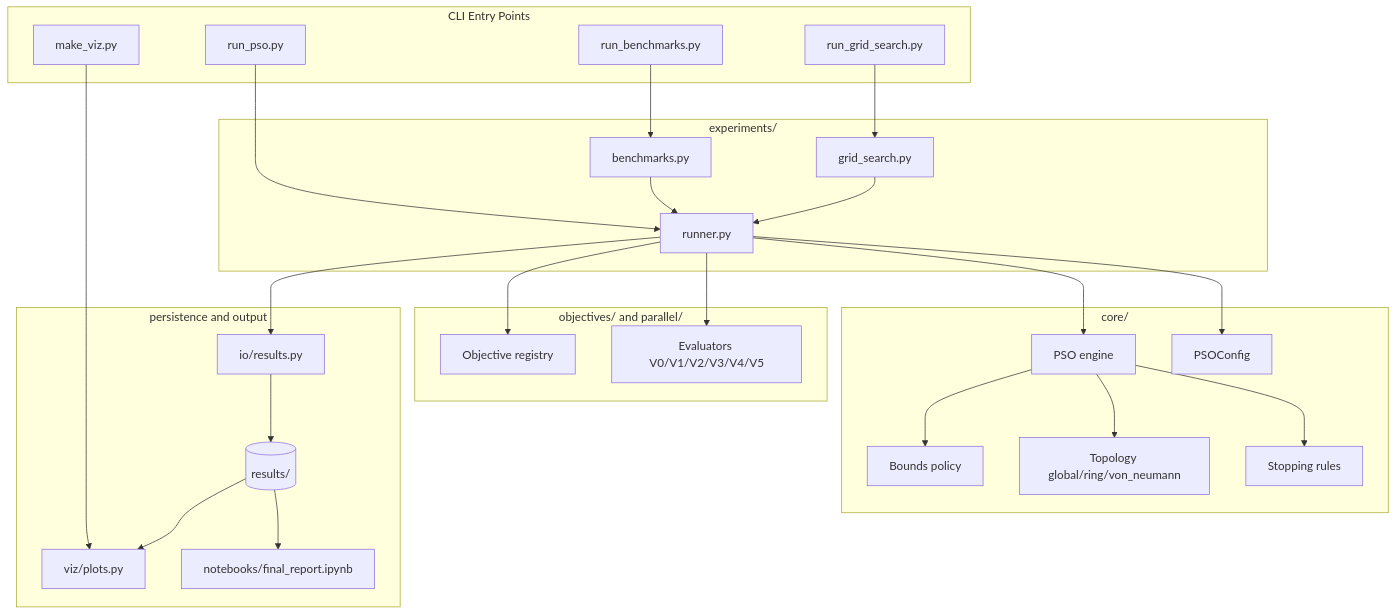
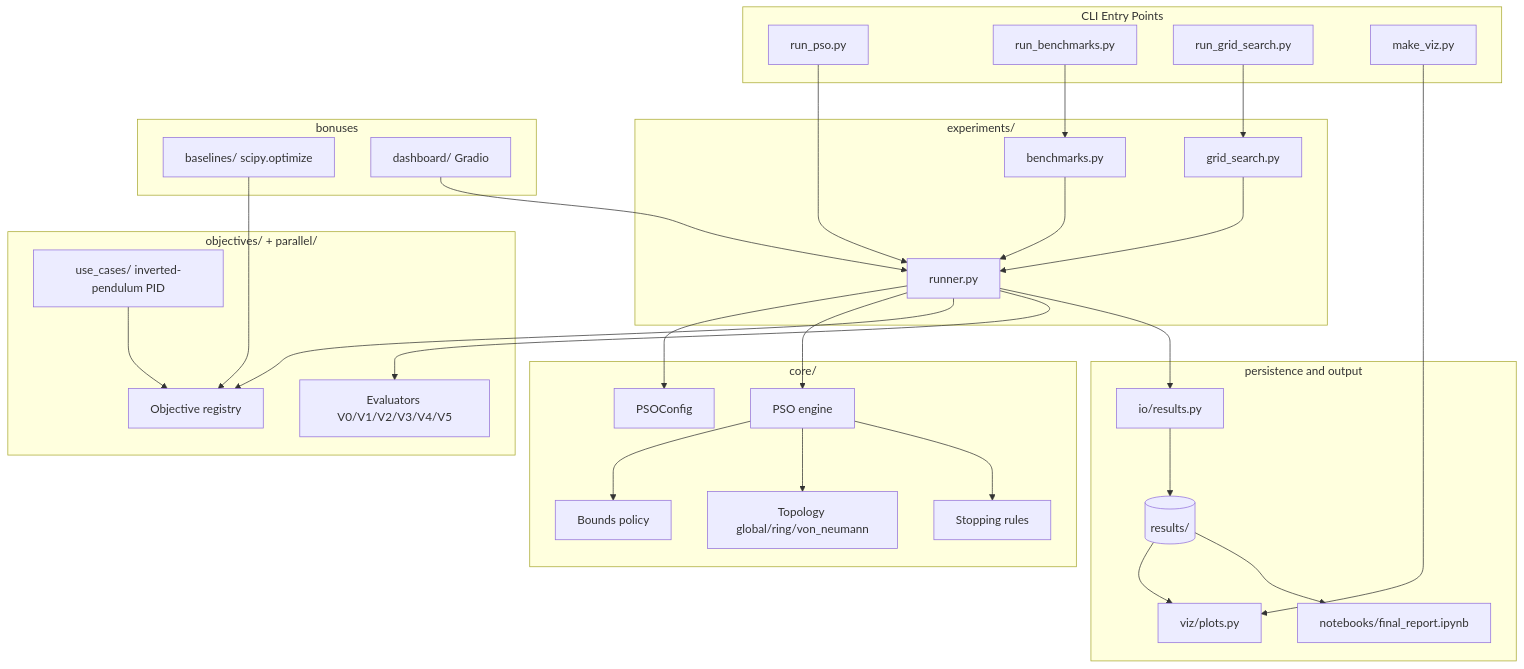
One commit to Lscotti-uni/PSO-python changed the diagram in docs/architecture.md. Above: the diagram before and after it, drawn with Mermaid. The commit also changed 1 other file, not shown here.

Commit message:
Fix renumbered subsections, duplicate 2.5, and tighten unsupported claims

````diff
--- a/docs/architecture.md
+++ b/docs/architecture.md
@@ -9,57 +9,67 @@
 ```mermaid
 flowchart TD
     subgraph EntryPoints[CLI Entry Points]
         RP[run_pso.py]
         RB[run_benchmarks.py]
         RG[run_grid_search.py]
         MV[make_viz.py]
     end
 
     subgraph Experiments[experiments/]
         Runner[runner.py]
         Bench[benchmarks.py]
         Grid[grid_search.py]
     end
 
     subgraph Core[core/]
         PSO[PSO engine]
         Bounds[Bounds policy]
         Topology[Topology global/ring/von_neumann]
         Stop[Stopping rules]
         Config[PSOConfig]
     end
 
-    subgraph Domain[objectives/ and parallel/]
+    subgraph Domain[objectives/ + parallel/]
         Objectives[Objective registry]
+        UseCase[use_cases/ inverted-pendulum PID]
         Eval[Evaluators V0/V1/V2/V3/V4/V5]
+    end
+
+    subgraph Extras[bonuses]
+        Baselines[baselines/ scipy.optimize]
+        Dashboard[dashboard/ Gradio]
     end
 
     subgraph Persistence[persistence and output]
         IO[io/results.py]
         Results[(results/)]
         Viz[viz/plots.py]
         Report[notebooks/final_report.ipynb]
     end
 
     RP --> Runner
     RB --> Bench
     RG --> Grid
     MV --> Viz
 
     Bench --> Runner
     Grid --> Runner
 
     Runner --> Config
     Runner --> PSO
     Runner --> Objectives
     Runner --> Eval
     Runner --> IO
 
     PSO --> Bounds
     PSO --> Topology
     PSO --> Stop
 
+    UseCase --> Objectives
+    Baselines --> Objectives
+    Dashboard --> Runner
+
     IO --> Results
     Results --> Viz
     Results --> Report
 ```
````
